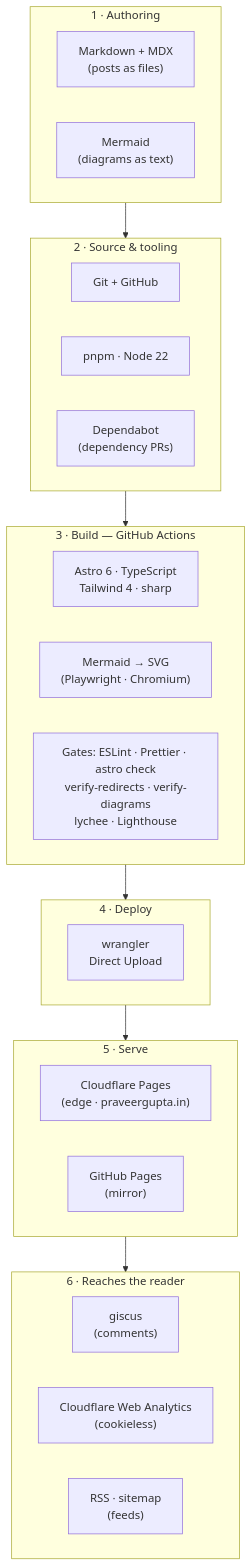
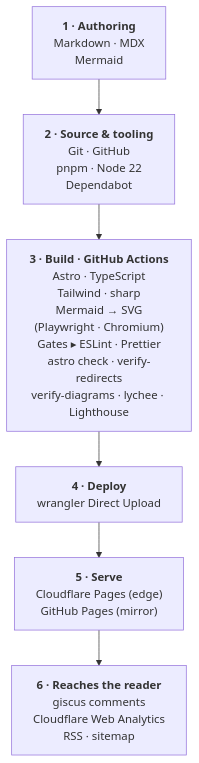
Before and after one commit to praveer09/praveer09.github.io: the second of 4 diagrams in src/content/blog/build-once-deploy-many-the-anatomy-of-this-blog/index.md, drawn with Mermaid.

Commit message:
Post: make the full-stack diagram compact and mobile-friendly
The six subgraphs each laid their child nodes out horizontally, so the
diagram was wide; on a phone it scaled down to unreadable. Collapse each
stage into a single multi-line node in one narrow vertical column. Same
six stages and every tool name is retained, but the rendered SVG is now
~276px wide (was a wide multi-column box), so it fits a phone screen at
near full size and scrolls vertically.

Build renders all six diagrams; verify-diagrams + verify-redirects pass.

````diff
--- a/src/content/blog/build-once-deploy-many-the-anatomy-of-this-blog/index.md
+++ b/src/content/blog/build-once-deploy-many-the-anatomy-of-this-blog/index.md
@@ -37,32 +37,12 @@
 ```mermaid
 flowchart TB
   accTitle: The full stack, end to end
   accDescr: The end-to-end toolchain in six stages. Authoring is Markdown, MDX and Mermaid. Source and tooling is Git on GitHub with pnpm, Node and Dependabot. The build, run by GitHub Actions, uses Astro with TypeScript and Tailwind, sharp for images and Playwright-driven Chromium to render Mermaid to SVG, gated by ESLint, Prettier, astro check, redirect and diagram verifiers, lychee and Lighthouse. Deployment is wrangler Direct Upload. Serving is Cloudflare Pages at the edge with a GitHub Pages mirror. Reaching the reader are giscus comments and cookieless Cloudflare Web Analytics in the page, plus RSS and sitemap feeds.
-  subgraph A["1 · Authoring"]
-    A1["Markdown + MDX<br/>(posts as files)"]
-    A2["Mermaid<br/>(diagrams as text)"]
-  end
-  subgraph B["2 · Source & tooling"]
-    B1["Git + GitHub"]
-    B2["pnpm · Node 22"]
-    B3["Dependabot<br/>(dependency PRs)"]
-  end
-  subgraph C["3 · Build — GitHub Actions"]
-    C1["Astro 6 · TypeScript<br/>Tailwind 4 · sharp"]
-    C2["Mermaid → SVG<br/>(Playwright · Chromium)"]
-    C3["Gates: ESLint · Prettier · astro check<br/>verify-redirects · verify-diagrams<br/>lychee · Lighthouse"]
-  end
-  subgraph D["4 · Deploy"]
-    D1["wrangler<br/>Direct Upload"]
-  end
-  subgraph E["5 · Serve"]
-    E1["Cloudflare Pages<br/>(edge · praveergupta.in)"]
-    E2["GitHub Pages<br/>(mirror)"]
-  end
-  subgraph F["6 · Reaches the reader"]
-    F1["giscus<br/>(comments)"]
-    F2["Cloudflare Web Analytics<br/>(cookieless)"]
-    F3["RSS · sitemap<br/>(feeds)"]
-  end
+  A["<b>1 · Authoring</b><br/>Markdown · MDX<br/>Mermaid"]
+  B["<b>2 · Source &amp; tooling</b><br/>Git · GitHub<br/>pnpm · Node 22<br/>Dependabot"]
+  C["<b>3 · Build · GitHub Actions</b><br/>Astro · TypeScript<br/>Tailwind · sharp<br/>Mermaid → SVG<br/>(Playwright · Chromium)<br/>Gates ▸ ESLint · Prettier<br/>astro check · verify-redirects<br/>verify-diagrams · lychee · Lighthouse"]
+  D["<b>4 · Deploy</b><br/>wrangler Direct Upload"]
+  E["<b>5 · Serve</b><br/>Cloudflare Pages (edge)<br/>GitHub Pages (mirror)"]
+  F["<b>6 · Reaches the reader</b><br/>giscus comments<br/>Cloudflare Web Analytics<br/>RSS · sitemap"]
   A --> B --> C --> D --> E --> F
 ```
````
